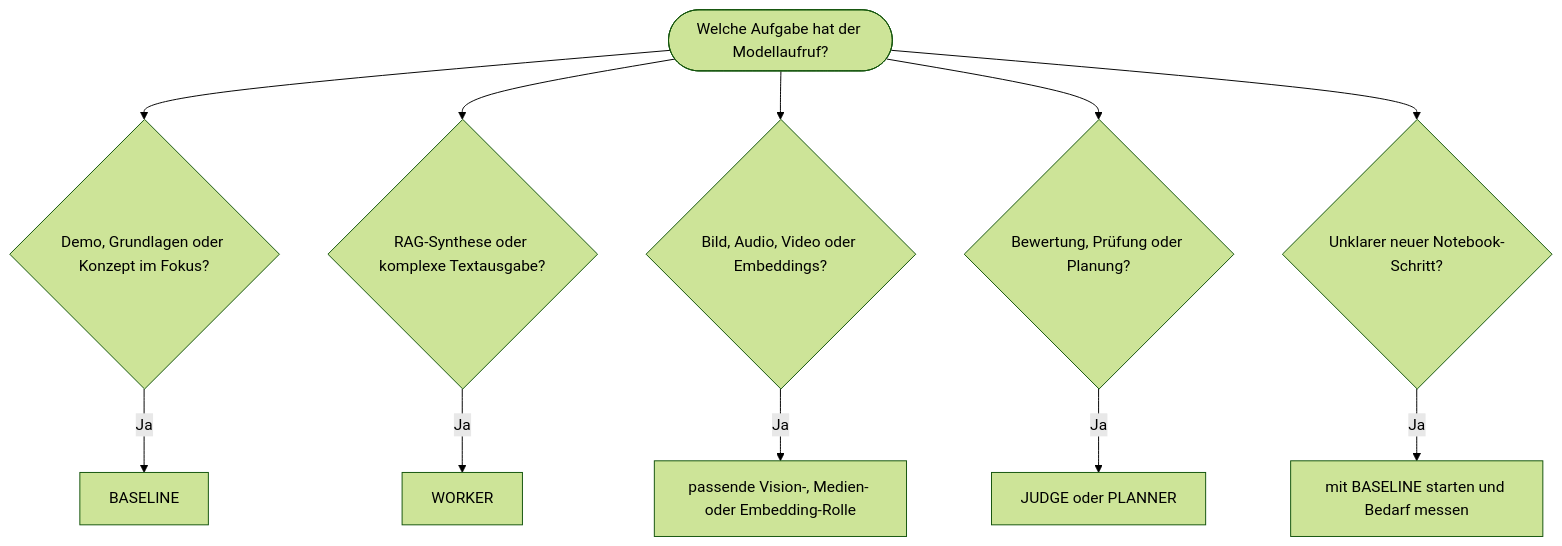
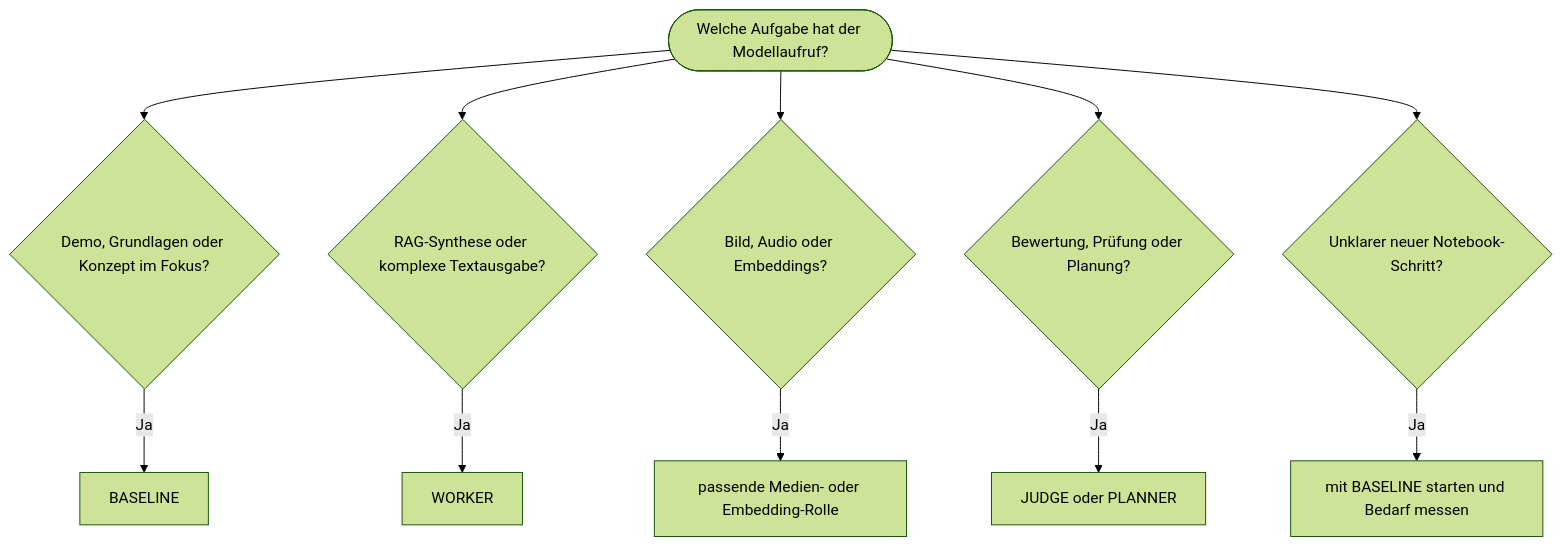
Before and after one commit to ralf-42/GenAI: the diagram in docs/04-modelle-provider/modellauswahl.md, drawn with Mermaid. The commit also changed other lines of this file and 13 other files, not shown here.

````diff
--- a/docs/04-modelle-provider/modellauswahl.md
+++ b/docs/04-modelle-provider/modellauswahl.md
@@ -108,17 +95,17 @@
 ```mermaid
 %%{init: {'theme':'forest'}}%%
 flowchart TD
     START(["Welche Aufgabe hat der Modellaufruf?"])
 
     START --> D{"Demo, Grundlagen oder Konzept im Fokus?"}
     START --> R{"RAG-Synthese oder komplexe Textausgabe?"}
-    START --> M{"Bild, Audio, Video oder Embeddings?"}
+    START --> M{"Bild, Audio oder Embeddings?"}
     START --> E{"Bewertung, Prüfung oder Planung?"}
     START --> U{"Unklarer neuer Notebook-Schritt?"}
 
     D -->|Ja| BASE["BASELINE"]
     R -->|Ja| WORKER["WORKER"]
-    M -->|Ja| MEDIA["passende Vision-, Medien- oder Embedding-Rolle"]
+    M -->|Ja| MEDIA["passende Medien- oder Embedding-Rolle"]
     E -->|Ja| JUDGE["JUDGE oder PLANNER"]
     U -->|Ja| STARTBASE["mit BASELINE starten und Bedarf messen"]
 ```
````
